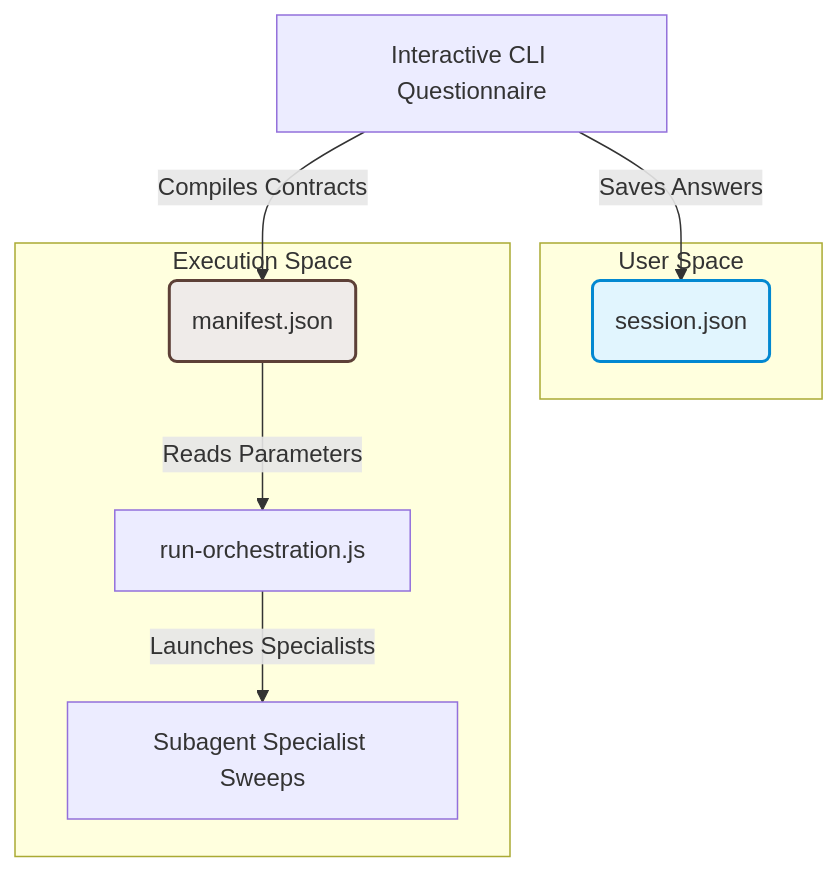
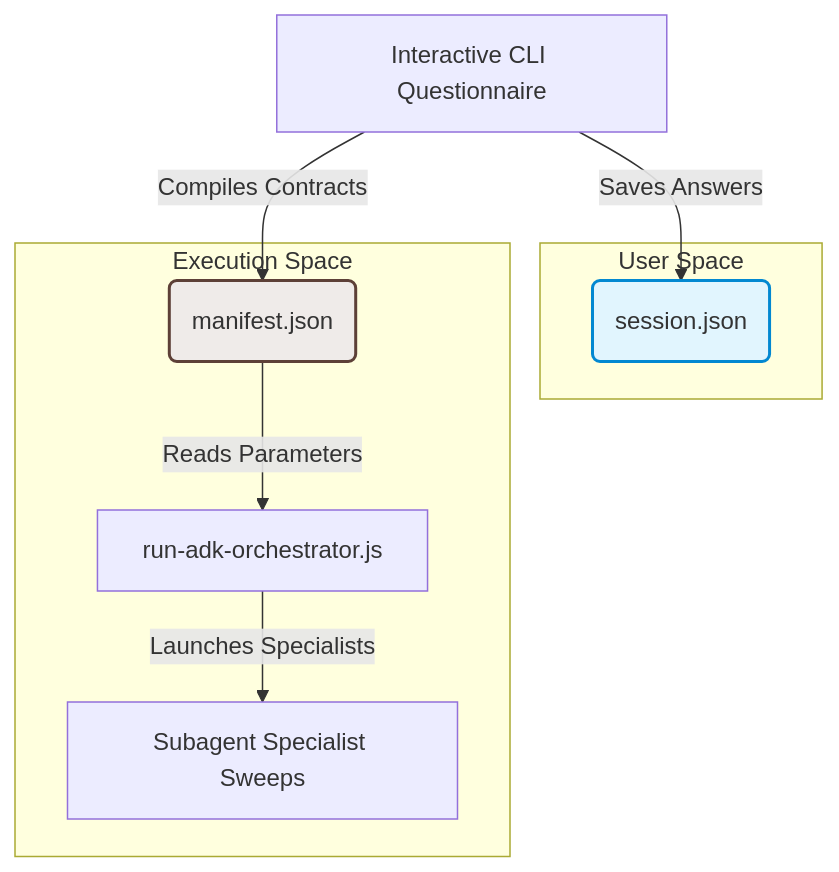
Before and after one commit to anjiera/repo-wizard: the diagram in docs/design/session-resumability.md, drawn with Mermaid. The commit also changed other lines of this file and 8 other files, not shown here.

Commit message:
docs: clean up legacy fallback architecture references and align with adk execution

````diff
--- a/docs/design/session-resumability.md
+++ b/docs/design/session-resumability.md
@@ -19,17 +19,17 @@
 ```mermaid
 graph TD
     A[Interactive CLI Questionnaire] -->|Saves Answers| B(session.json)
     A -->|Compiles Contracts| C(manifest.json)
     
     subgraph User Space
         B
     end
     
     subgraph Execution Space
-        C -->|Reads Parameters| D[run-orchestration.js]
+        C -->|Reads Parameters| D[run-adk-orchestrator.js]
         D -->|Launches Specialists| E[Subagent Specialist Sweeps]
     end
     
     style B fill:#e1f5fe,stroke:#0288d1,stroke-width:2px
     style C fill:#efebe9,stroke:#5d4037,stroke-width:2px
 ```
````
